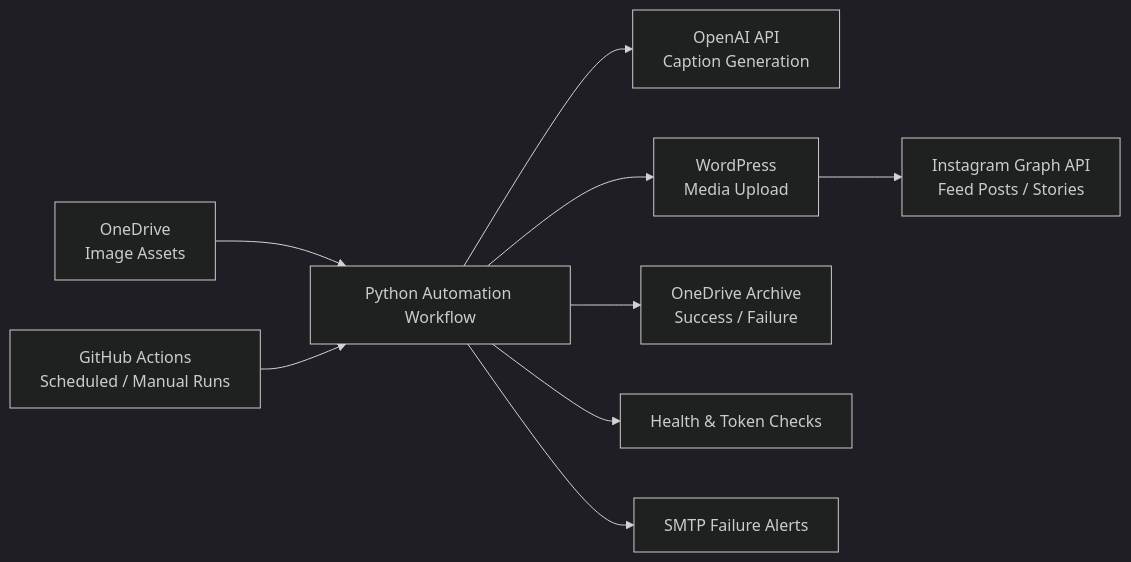
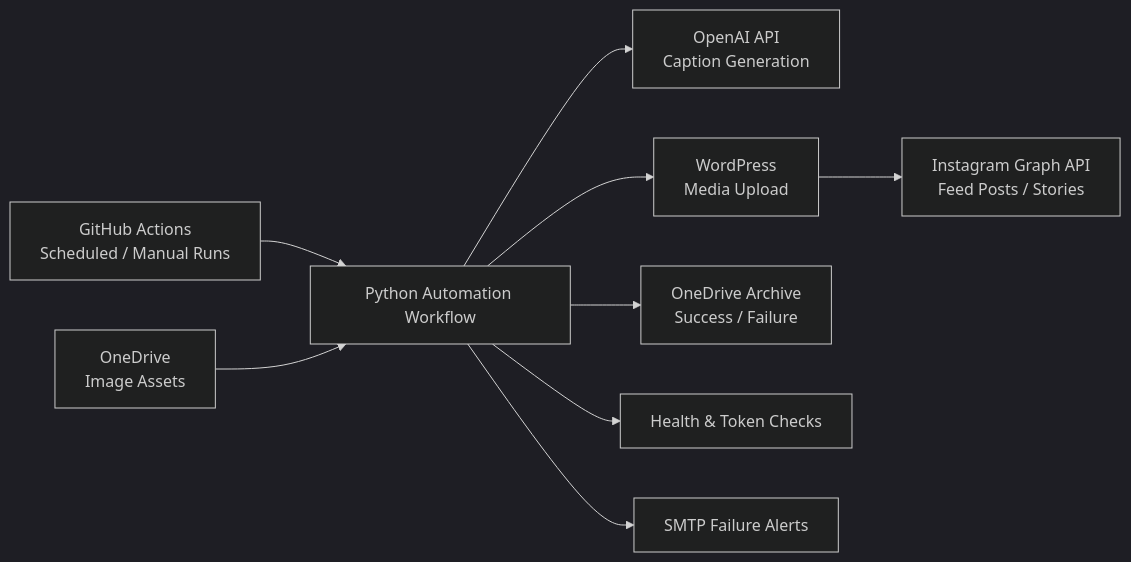
The diagram in README.md (lyccccccccccccc/ai-social-media-publisher), drawn with Mermaid (dark theme) before and after one commit. The commit also changed other lines of this file, not shown here.

````diff
--- a/README.md
+++ b/README.md
@@ -23,11 +36,11 @@
 ```mermaid
 flowchart LR
-    OneDrive["OneDrive\nImage Assets"] --> Workflow["Python Automation Workflow"]
+    Scheduler["GitHub Actions\nScheduled / Manual Runs"] --> Workflow["Python Automation Workflow"]
+    OneDrive["OneDrive\nImage Assets"] --> Workflow
     Workflow --> OpenAI["OpenAI API\nCaption Generation"]
     Workflow --> WordPress["WordPress\nMedia Upload"]
     WordPress --> Instagram["Instagram Graph API\nFeed Posts / Stories"]
     Workflow --> Archive["OneDrive Archive\nSuccess / Failure"]
     Workflow --> Health["Health & Token Checks"]
     Workflow --> Alerts["SMTP Failure Alerts"]
-    Scheduler["GitHub Actions\nScheduled / Manual Runs"] --> Workflow
 ```
````
